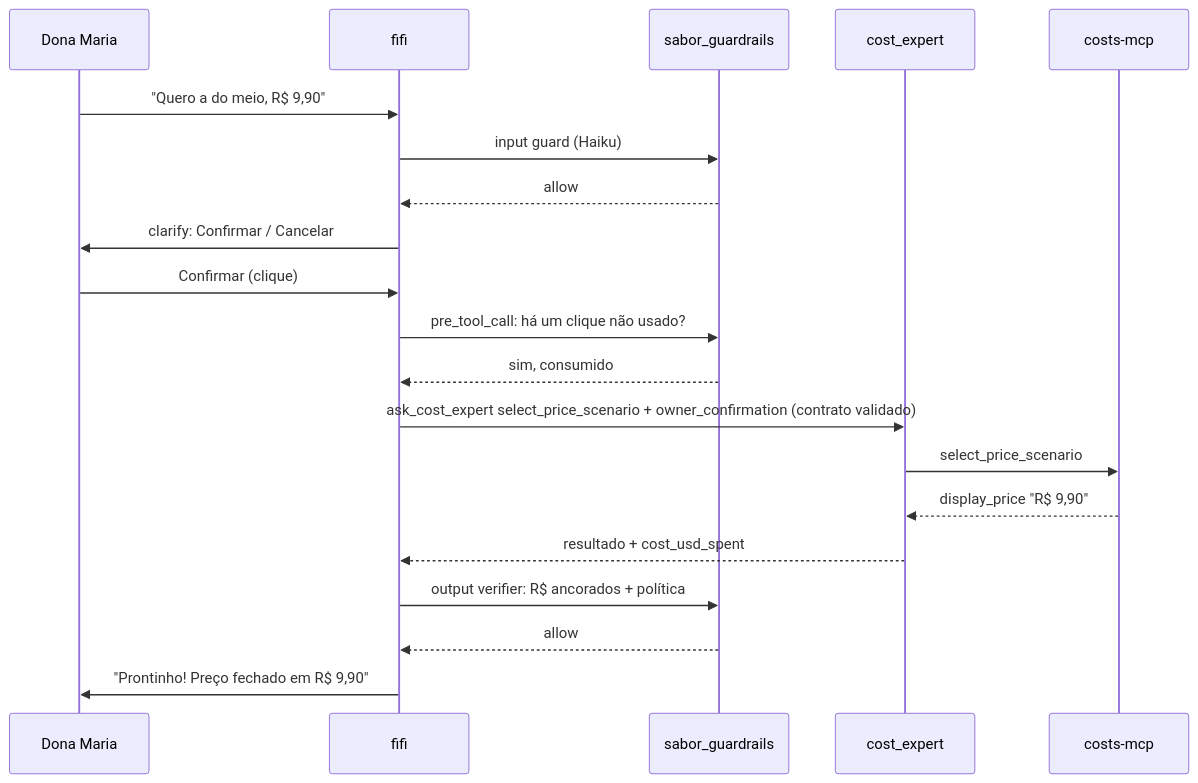
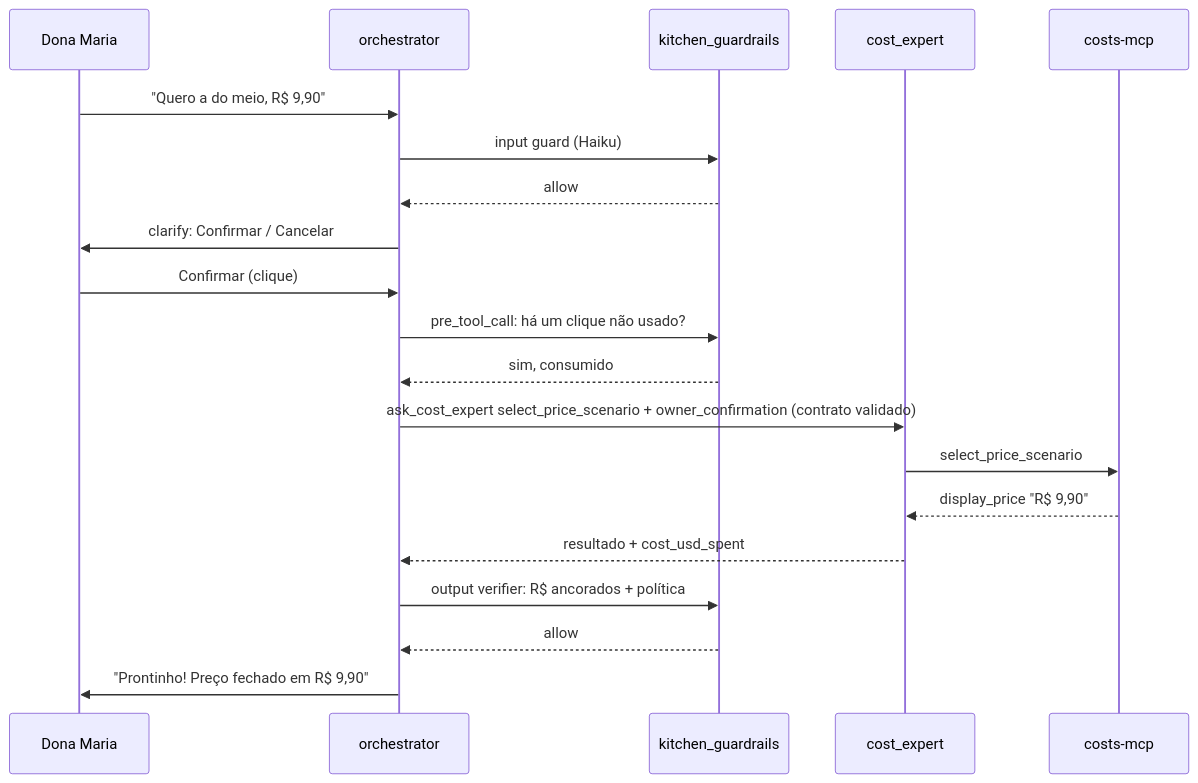
The second of 2 diagrams in README.md (LawsonOliveira/kitchen-assistant), drawn with Mermaid before and after one commit. The commit also changed other lines of this file and 173 other files, not shown here.

First line of the commit message:
refactor: PL2/PL3/PL5 fifi → orchestrator, sabor → kitchen (plugins kitchen_*, KITCHEN_* env, database, contract ids, compose project kitchen-assistant); persona Dona Sálvia

````diff
--- a/README.md
+++ b/README.md
@@ -89,22 +89,22 @@
 ```mermaid
 sequenceDiagram
     participant M as Dona Maria
-    participant F as fifi
-    participant G as sabor_guardrails
+    participant F as orchestrator
+    participant G as kitchen_guardrails
     participant C as cost_expert
     participant X as costs-mcp
     M->>F: "Quero a do meio, R$ 9,90"
     F->>G: input guard (Haiku)
     G-->>F: allow
     F->>M: clarify: Confirmar / Cancelar
     M->>F: Confirmar (clique)
     F->>G: pre_tool_call: há um clique não usado?
     G-->>F: sim, consumido
     F->>C: ask_cost_expert select_price_scenario + owner_confirmation (contrato validado)
     C->>X: select_price_scenario
     X-->>C: display_price "R$ 9,90"
     C-->>F: resultado + cost_usd_spent
     F->>G: output verifier: R$ ancorados + política
     G-->>F: allow
     F->>M: "Prontinho! Preço fechado em R$ 9,90"
 ```
````
